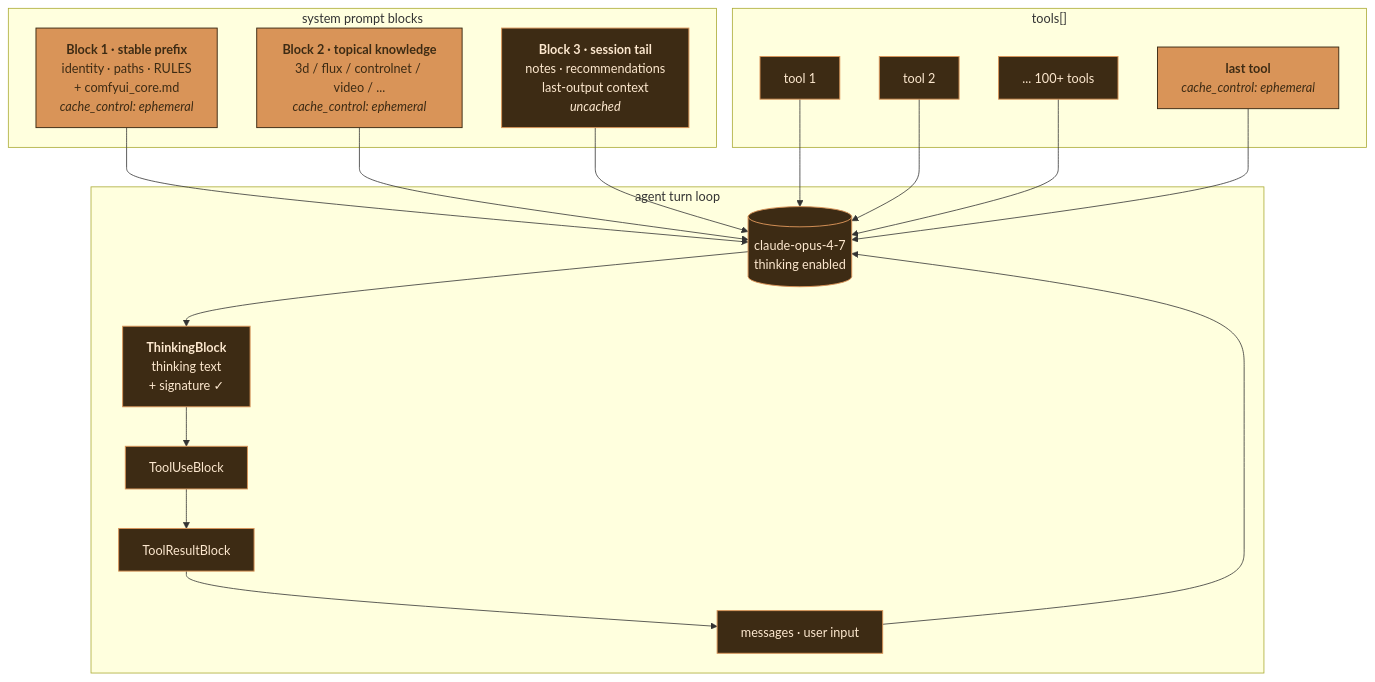
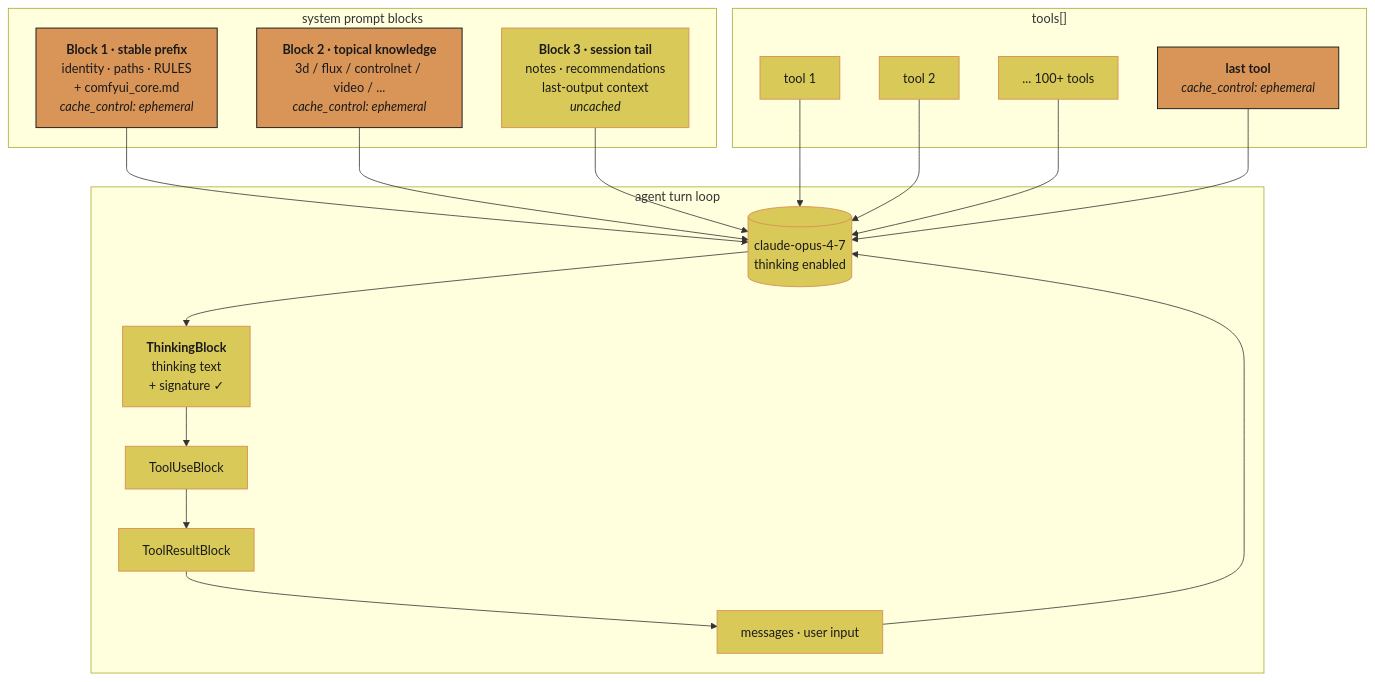
One commit to JosephOIbrahim/Comfy-Cozy changed the fifth of 25 diagrams in README.md. Above: the diagram before and after it, drawn with Mermaid. The commit also changed other lines of this file, not shown here.

First line of the commit message:
[DOCS] Mermaid palette: two-tone muted orange/yellow with black text

````diff
--- a/README.md
+++ b/README.md
@@ -331,39 +331,39 @@
 ```mermaid
 flowchart TB
-    classDef stable   fill:#d99458,stroke:#3d2b14,color:#3d2b14,stroke-width:1.2px
-    classDef volatile fill:#3d2b14,stroke:#d99458,color:#fde8cf,stroke-width:1.2px
+    classDef stable   fill:#d99458,stroke:#1a1a1a,color:#1a1a1a,stroke-width:1.2px
+    classDef volatile fill:#d9c958,stroke:#d99458,color:#1a1a1a,stroke-width:1.2px
 
     subgraph SYS[" system prompt blocks "]
         b1["<b>Block 1 · stable prefix</b><br/>identity · paths · RULES<br/>+ comfyui_core.md<br/><i>cache_control: ephemeral</i>"]
         b2["<b>Block 2 · topical knowledge</b><br/>3d / flux / controlnet / video / ...<br/><i>cache_control: ephemeral</i>"]
         b3["<b>Block 3 · session tail</b><br/>notes · recommendations<br/>last-output context<br/><i>uncached</i>"]
     end
 
     subgraph TOOLS[" tools[] "]
         t1[tool 1]
         t2[tool 2]
         tN[... 100+ tools]
         tL["<b>last tool</b><br/><i>cache_control: ephemeral</i>"]
     end
 
     subgraph LOOP[" agent turn loop "]
         m1[messages · user input]
         think["<b>ThinkingBlock</b><br/>thinking text<br/>+ signature ✓"]
         tu[ToolUseBlock]
         tr[ToolResultBlock]
         api[(claude-opus-4-7<br/>thinking enabled)]
     end
 
     b1 --> api
     b2 --> api
     b3 --> api
     t1 --> api
     t2 --> api
     tN --> api
     tL --> api
     m1 --> api
     api --> think --> tu --> tr --> m1
 
     class b1,b2,tL stable
     class b3,t1,t2,tN,m1,think,tu,tr,api volatile
 ```
````
